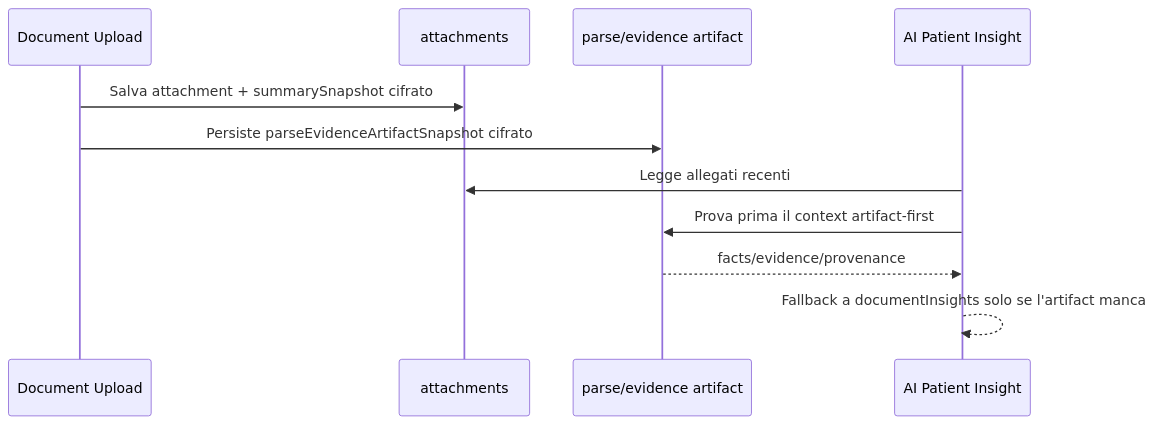
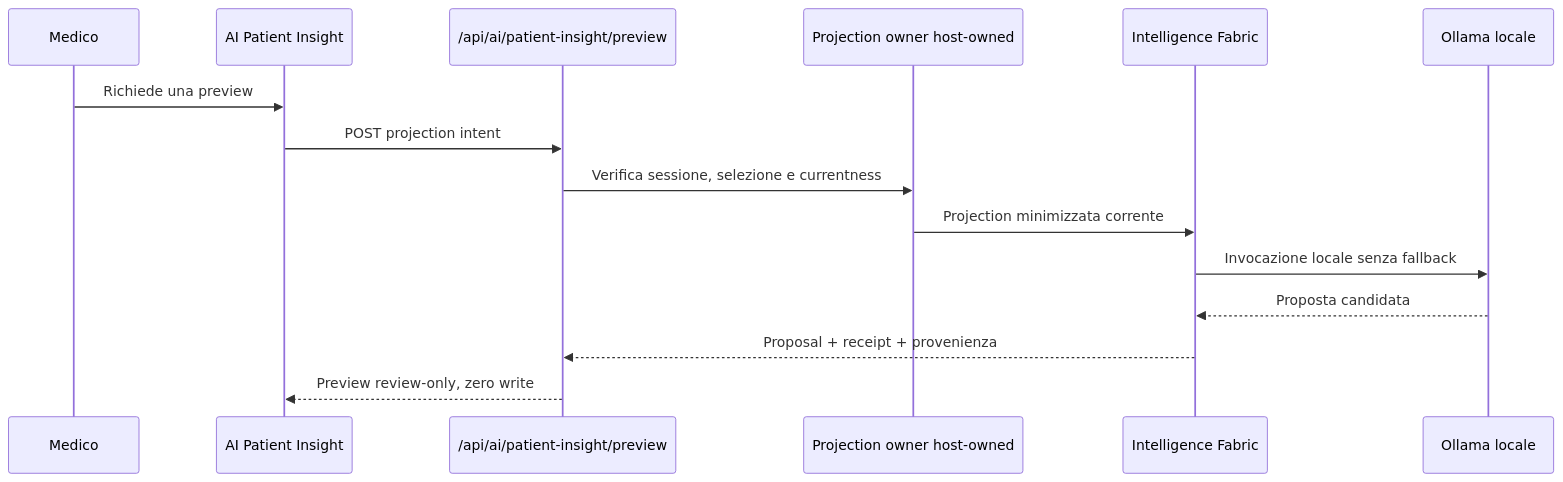
The eighth of 12 diagrams in docs/topologia-dati-flussi.md (Wulfgardr/mediflow), drawn with Mermaid before and after one commit. The commit also changed other lines of this file and 5 other files, not shown here.

````diff
--- a/docs/topologia-dati-flussi.md
+++ b/docs/topologia-dati-flussi.md
@@ -336,13 +335,17 @@
 ```mermaid
 sequenceDiagram
-    participant Upload as Document Upload
-    participant Attach as attachments
-    participant Artifact as parse/evidence artifact
-    participant Insight as AI Patient Insight
-    Upload->>Attach: Salva attachment + summarySnapshot cifrato
-    Upload->>Artifact: Persiste parseEvidenceArtifactSnapshot cifrato
-    Insight->>Attach: Legge allegati recenti
-    Insight->>Artifact: Prova prima il context artifact-first
-    Artifact-->>Insight: facts/evidence/provenance
-    Insight-->>Insight: Fallback a documentInsights solo se l'artifact manca
+    participant Clinician as Medico
+    participant UI as AI Patient Insight
+    participant API as /api/ai/patient-insight/preview
+    participant Host as Projection owner host-owned
+    participant Fabric as Intelligence Fabric
+    participant Ollama as Ollama locale
+    Clinician->>UI: Richiede una preview
+    UI->>API: POST projection intent
+    API->>Host: Verifica sessione, selezione e currentness
+    Host->>Fabric: Projection minimizzata corrente
+    Fabric->>Ollama: Invocazione locale senza fallback
+    Ollama-->>Fabric: Proposta candidata
+    Fabric-->>API: Proposal + receipt + provenienza
+    API-->>UI: Preview review-only, zero write
 ```
````
